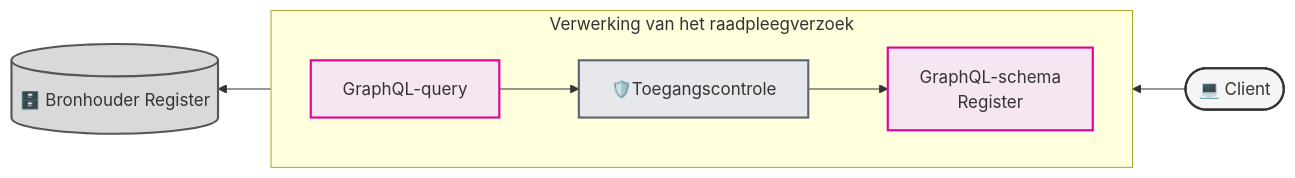
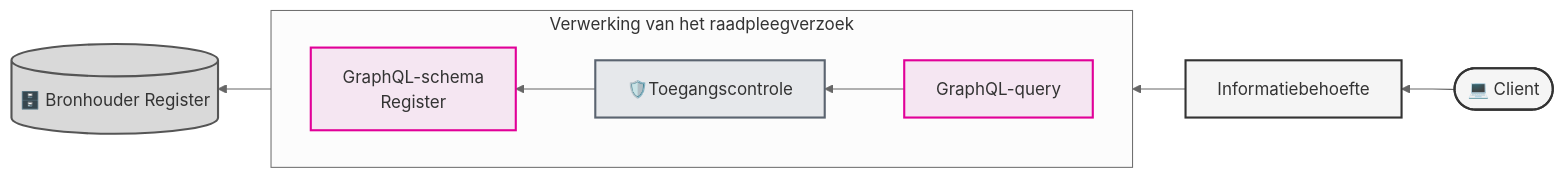
Before and after one commit to iStandaarden/koppelvlakspecificatie-netwerkmodel: the first of 2 diagrams in docs/leeswijzer/index.md, drawn with Mermaid. The commit also changed other lines of this file and 83 other files, not shown here.

````diff
--- a/docs/leeswijzer/index.md
+++ b/docs/leeswijzer/index.md
@@ -12,27 +9,32 @@
 ```mermaid
+---
+config:
+  theme: neutral
+---
 flowchart RL
     Client(["💻 Client"])
 
     subgraph Pipeline["Verwerking van het raadpleegverzoek"]
-        direction LR
+        direction RL
         GQ["GraphQL-query"]
         OPA["🛡️Toegangscontrole"]
         GS["GraphQL-schema <br/>Register"]
-        GQ --> OPA --> GS
+        GQ --> OPA --> GS 
     end
 
     DB[("🗄️ Bronhouder Register")]
-
-    Client --> GQ
+    IB["Informatiebehoefte"]
+    Client --> IB
+    IB --> GQ
     GS --> DB
 
     classDef graphql fill:#f5e6f2,stroke:#E10098,stroke-width:2px,color:#333;
     classDef opa fill:#e6e8eb,stroke:#5b6470,stroke-width:2px,color:#333;
     classDef client fill:#f5f5f5,stroke:#333,stroke-width:2px,color:#333;
     classDef db fill:#d9d9d9,stroke:#555,stroke-width:2px,color:#333;
 
     class GQ,GS graphql;
     class OPA opa;
-    class Client client;
+    class Client,IB client;
     class DB db;
 ```
````
